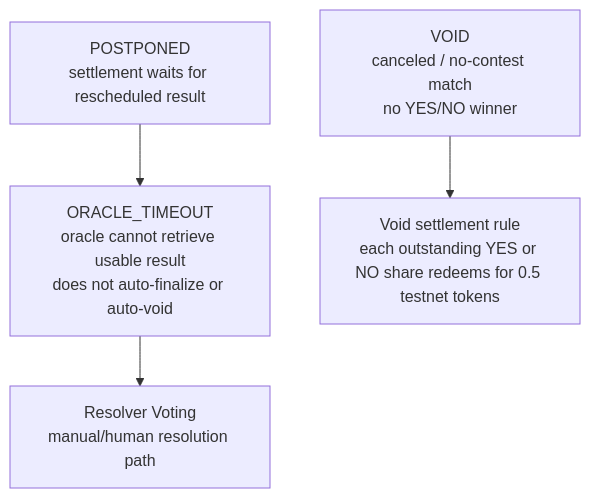
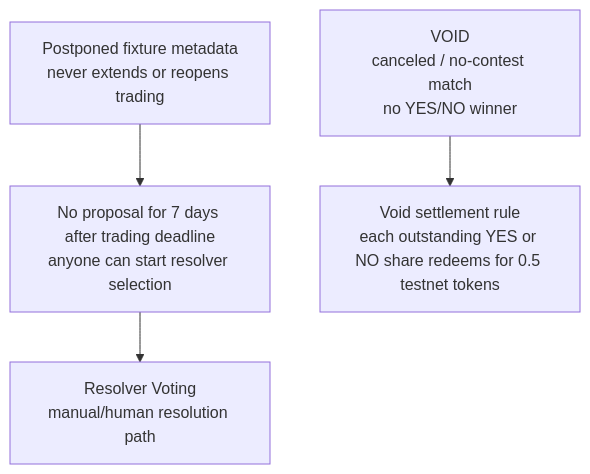
One commit to yuddy-s/AC_ON-esports-prediction-market changed the third of 3 diagrams in docs/architecture-preview.md. Above: the diagram before and after it, drawn with Mermaid. The commit also changed other lines of this file and 7 other files, not shown here.

````diff
--- a/docs/architecture-preview.md
+++ b/docs/architecture-preview.md
@@ -163,12 +156,12 @@
 ```mermaid
 flowchart TB
-  postponed["POSTPONED<br/>settlement waits for rescheduled result"]
-  timeout["ORACLE_TIMEOUT<br/>oracle cannot retrieve usable result<br/>does not auto-finalize or auto-void"]
+  postponed["Postponed fixture metadata<br/>never extends or reopens trading"]
+  timeout["No proposal for 7 days after trading deadline<br/>anyone can start resolver selection"]
   resolverPath["Resolver Voting<br/>manual/human resolution path"]
   voided["VOID<br/>canceled / no-contest match<br/>no YES/NO winner"]
   refundRule["Void settlement rule<br/>each outstanding YES or NO share redeems for 0.5 testnet tokens"]
 
   postponed --> timeout
   timeout --> resolverPath
   voided --> refundRule
 ```
````
